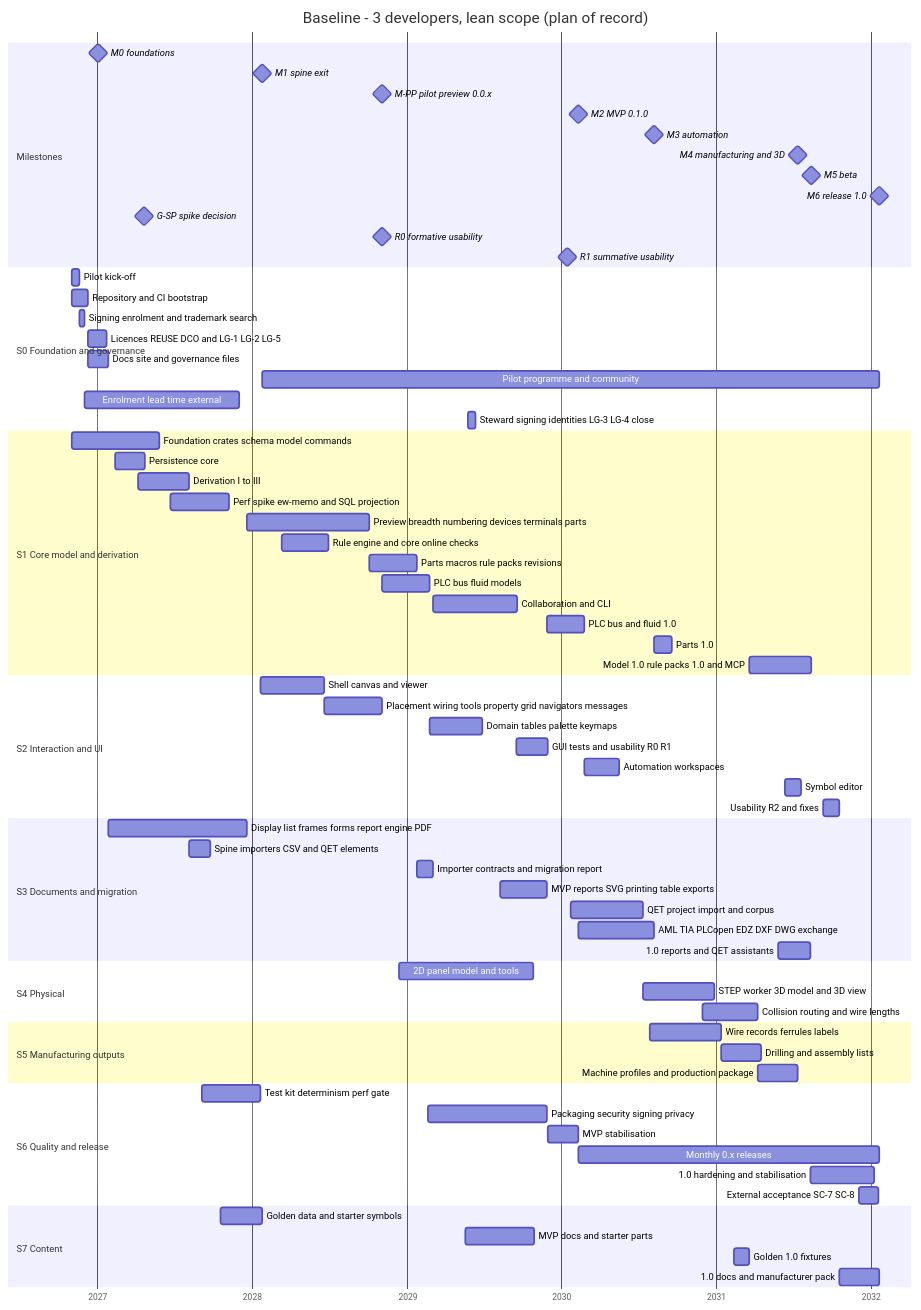
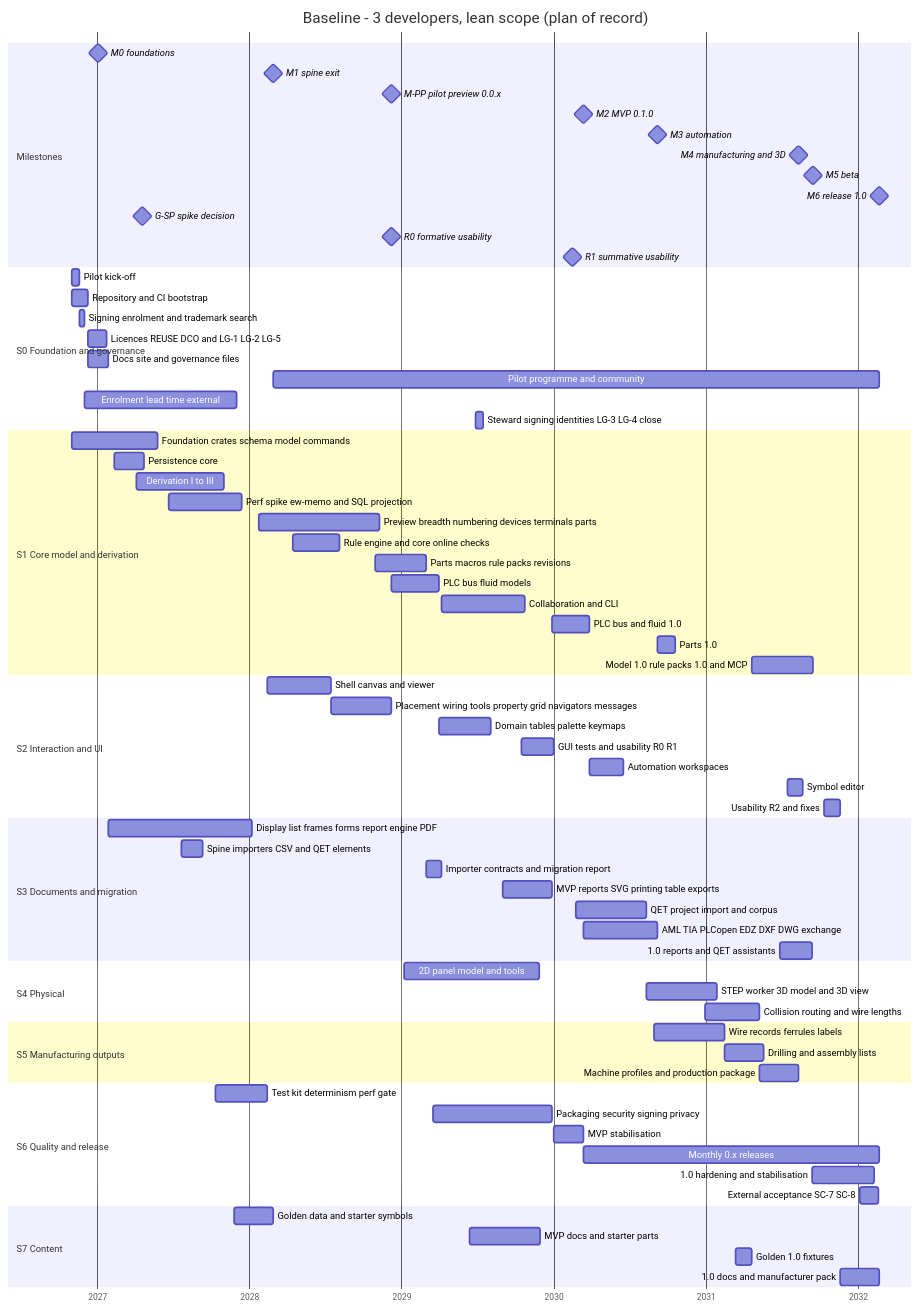
One commit to Ironkode787/ElektraWatt changed the second of 3 diagrams in docs/plan/01-global-plan.md. Above: the diagram before and after it, drawn with Mermaid. The commit also changed other lines of this file and 26 other files, not shown here.

````diff
--- a/docs/plan/01-global-plan.md
+++ b/docs/plan/01-global-plan.md
@@ -630,76 +630,76 @@
 ```mermaid
 gantt
   title Baseline - 3 developers, lean scope (plan of record)
   dateFormat YYYY-MM-DD
   axisFormat %Y
   section Milestones
   M0 foundations :milestone, m0, 2027-01-03, 0d
-  M1 spine exit :milestone, m1, 2028-01-24, 0d
-  M-PP pilot preview 0.0.x :milestone, m2, 2028-11-03, 0d
-  M2 MVP 0.1.0 :milestone, m3, 2030-02-09, 0d
-  M3 automation :milestone, m4, 2030-08-07, 0d
-  M4 manufacturing and 3D :milestone, m5, 2031-07-12, 0d
-  M5 beta :milestone, m6, 2031-08-14, 0d
-  M6 release 1.0 :milestone, m7, 2032-01-21, 0d
+  M1 spine exit :milestone, m1, 2028-02-27, 0d
+  M-PP pilot preview 0.0.x :milestone, m2, 2028-12-08, 0d
+  M2 MVP 0.1.0 :milestone, m3, 2030-03-14, 0d
+  M3 automation :milestone, m4, 2030-09-07, 0d
+  M4 manufacturing and 3D :milestone, m5, 2031-08-12, 0d
+  M5 beta :milestone, m6, 2031-09-15, 0d
+  M6 release 1.0 :milestone, m7, 2032-02-21, 0d
   G-SP spike decision :milestone, gsp, 2027-04-20, 0d
-  R0 formative usability :milestone, r0, 2028-11-03, 0d
-  R1 summative usability :milestone, r1, 2030-01-15, 0d
+  R0 formative usability :milestone, r0, 2028-12-08, 0d
+  R1 summative usability :milestone, r1, 2030-02-15, 0d
   section S0 Foundation and governance
   Pilot kick-off :t1, 2026-11-01, 2026-11-20
   Repository and CI bootstrap :t2, 2026-11-01, 2026-12-09
   Signing enrolment and trademark search :t3, 2026-11-20, 2026-12-02
   Licences REUSE DCO and LG-1 LG-2 LG-5 :t4, 2026-12-09, 2027-01-23
   Docs site and governance files :t5, 2026-12-09, 2027-01-27
-  Pilot programme and community :t6, 2028-01-24, 2032-01-21
+  Pilot programme and community :t6, 2028-02-27, 2032-02-21
   Enrolment lead time external :t7, 2026-12-02, 2027-12-01
-  Steward signing identities LG-3 LG-4 close :t8, 2029-05-24, 2029-06-12
+  Steward signing identities LG-3 LG-4 close :t8, 2029-06-27, 2029-07-16
   section S1 Core model and derivation
   Foundation crates schema model commands :t9, 2026-11-01, 2027-05-27
   Persistence core :t10, 2027-02-12, 2027-04-23
-  Derivation I to III :t11, 2027-04-06, 2027-08-05
-  Perf spike ew-memo and SQL projection :t12, 2027-06-21, 2027-11-07
-  Preview breadth numbering devices terminals parts :t13, 2027-12-19, 2028-10-04
-  Rule engine and core online checks :t14, 2028-03-10, 2028-06-30
-  Parts macros rule packs revisions :t15, 2028-10-04, 2029-01-24
-  PLC bus fluid models :t16, 2028-11-03, 2029-02-24
-  Collaboration and CLI :t17, 2029-03-03, 2029-09-18
-  PLC bus and fluid 1.0 :t18, 2029-11-27, 2030-02-24
-  Parts 1.0 :t19, 2030-08-07, 2030-09-19
-  Model 1.0 rule packs 1.0 and MCP :t20, 2031-03-20, 2031-08-14
+  Derivation I to III :t11, 2027-04-06, 2027-11-01
+  Perf spike ew-memo and SQL projection :t12, 2027-06-21, 2027-12-15
+  Preview breadth numbering devices terminals parts :t13, 2028-01-24, 2028-11-08
+  Rule engine and core online checks :t14, 2028-04-14, 2028-08-05
+  Parts macros rule packs revisions :t15, 2028-10-29, 2029-02-28
+  PLC bus fluid models :t16, 2028-12-08, 2029-03-31
+  Collaboration and CLI :t17, 2029-04-06, 2029-10-24
+  PLC bus and fluid 1.0 :t18, 2029-12-28, 2030-03-27
+  Parts 1.0 :t19, 2030-09-07, 2030-10-20
+  Model 1.0 rule packs 1.0 and MCP :t20, 2031-04-20, 2031-09-15
   section S2 Interaction and UI
-  Shell canvas and viewer :t21, 2028-01-20, 2028-06-20
-  Placement wiring tools property grid navigators messages :t22, 2028-06-20, 2028-11-03
-  Domain tables palette keymaps :t23, 2029-02-24, 2029-06-28
-  GUI tests and usability R0 R1 :t24, 2029-09-15, 2029-11-29
-  Automation workspaces :t25, 2030-02-24, 2030-05-17
-  Symbol editor :t26, 2031-06-13, 2031-07-20
-  Usability R2 and fixes :t27, 2031-09-11, 2031-10-19
+  Shell canvas and viewer :t21, 2028-02-14, 2028-07-15
+  Placement wiring tools property grid navigators messages :t22, 2028-07-15, 2028-12-08
+  Domain tables palette keymaps :t23, 2029-03-31, 2029-08-03
+  GUI tests and usability R0 R1 :t24, 2029-10-16, 2029-12-31
+  Automation workspaces :t25, 2030-03-27, 2030-06-17
+  Symbol editor :t26, 2031-07-15, 2031-08-21
+  Usability R2 and fixes :t27, 2031-10-12, 2031-11-19
   section S3 Documents and migration
-  Display list frames forms report engine PDF :t28, 2027-01-27, 2027-12-19
-  Spine importers CSV and QET elements :t29, 2027-08-05, 2027-09-25
-  Importer contracts and migration report :t30, 2029-01-24, 2029-03-03
-  MVP reports SVG printing table exports :t31, 2029-08-08, 2029-11-27
-  QET project import and corpus :t32, 2030-01-23, 2030-07-12
-  AML TIA PLCopen EDZ DXF DWG exchange :t33, 2030-02-09, 2030-08-07
-  1.0 reports and QET assistants :t34, 2031-05-28, 2031-08-12
+  Display list frames forms report engine PDF :t28, 2027-01-27, 2028-01-08
+  Spine importers CSV and QET elements :t29, 2027-07-23, 2027-09-11
+  Importer contracts and migration report :t30, 2029-02-28, 2029-04-06
+  MVP reports SVG printing table exports :t31, 2029-09-01, 2029-12-28
+  QET project import and corpus :t32, 2030-02-23, 2030-08-12
+  AML TIA PLCopen EDZ DXF DWG exchange :t33, 2030-03-14, 2030-09-07
+  1.0 reports and QET assistants :t34, 2031-06-28, 2031-09-13
   section S4 Physical
-  2D panel model and tools :t35, 2028-12-13, 2029-10-26
-  STEP worker 3D model and 3D view :t36, 2030-07-12, 2030-12-28
-  Collision routing and wire lengths :t37, 2030-11-29, 2031-04-09
+  2D panel model and tools :t35, 2029-01-07, 2029-11-26
+  STEP worker 3D model and 3D view :t36, 2030-08-12, 2031-01-28
+  Collision routing and wire lengths :t37, 2030-12-30, 2031-05-10
   section S5 Manufacturing outputs
-  Wire records ferrules labels :t38, 2030-07-28, 2031-01-13
-  Drilling and assembly lists :t39, 2031-01-13, 2031-04-17
-  Machine profiles and production package :t40, 2031-04-09, 2031-07-12
+  Wire records ferrules labels :t38, 2030-08-29, 2031-02-14
+  Drilling and assembly lists :t39, 2031-02-14, 2031-05-19
+  Machine profiles and production package :t40, 2031-05-10, 2031-08-12
   section S6 Quality and release
-  Test kit determinism perf gate :t41, 2027-09-05, 2028-01-20
-  Packaging security signing privacy :t42, 2029-02-20, 2029-11-28
-  MVP stabilisation :t43, 2029-11-29, 2030-02-09
-  Monthly 0.x releases :t44, 2030-02-09, 2032-01-21
-  1.0 hardening and stabilisation :t45, 2031-08-12, 2032-01-09
-  External acceptance SC-7 SC-8 :t46, 2031-12-04, 2032-01-18
+  Test kit determinism perf gate :t41, 2027-10-12, 2028-02-14
+  Packaging security signing privacy :t42, 2029-03-17, 2029-12-28
+  MVP stabilisation :t43, 2029-12-31, 2030-03-14
+  Monthly 0.x releases :t44, 2030-03-14, 2032-02-21
+  1.0 hardening and stabilisation :t45, 2031-09-13, 2032-02-09
+  External acceptance SC-7 SC-8 :t46, 2032-01-06, 2032-02-19
   section S7 Content
-  Golden data and starter symbols :t47, 2027-10-19, 2028-01-24
-  MVP docs and starter parts :t48, 2029-05-19, 2029-10-28
-  Golden 1.0 fixtures :t49, 2031-02-11, 2031-03-20
-  1.0 docs and manufacturer pack :t50, 2031-10-19, 2032-01-21
+  Golden data and starter symbols :t47, 2027-11-26, 2028-02-27
+  MVP docs and starter parts :t48, 2029-06-12, 2029-11-30
+  Golden 1.0 fixtures :t49, 2031-03-14, 2031-04-20
+  1.0 docs and manufacturer pack :t50, 2031-11-19, 2032-02-21
 ```
````
